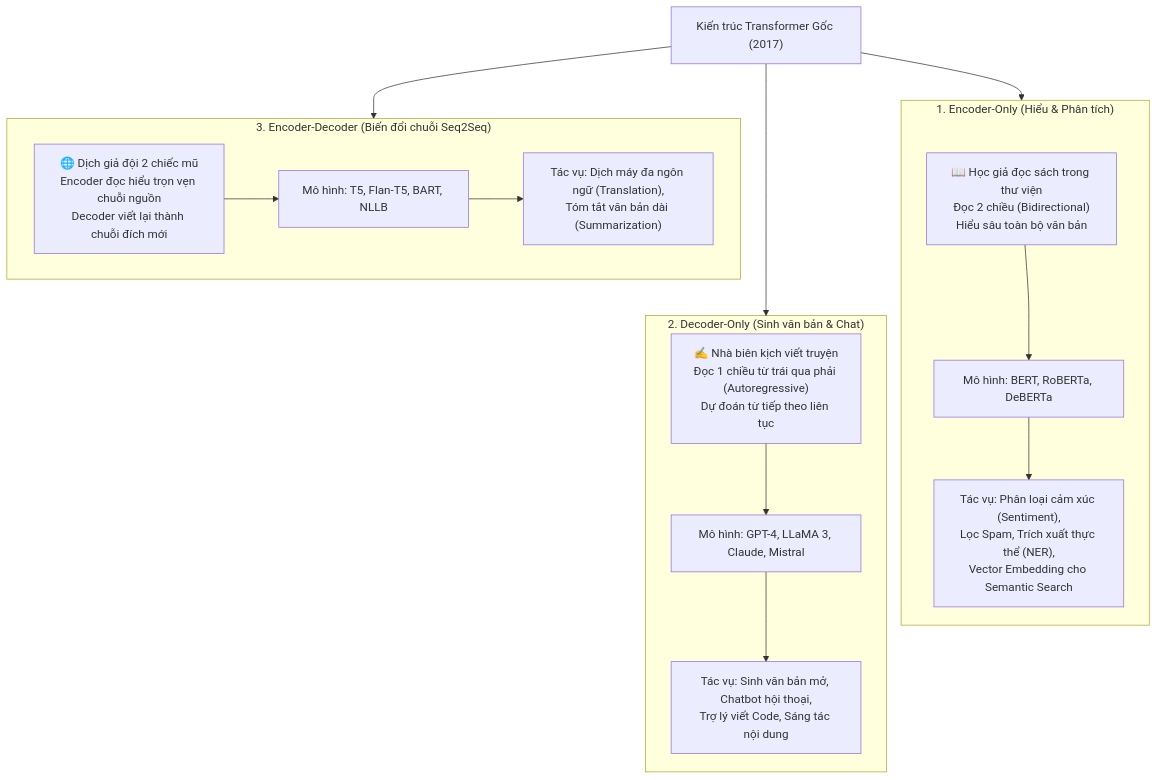
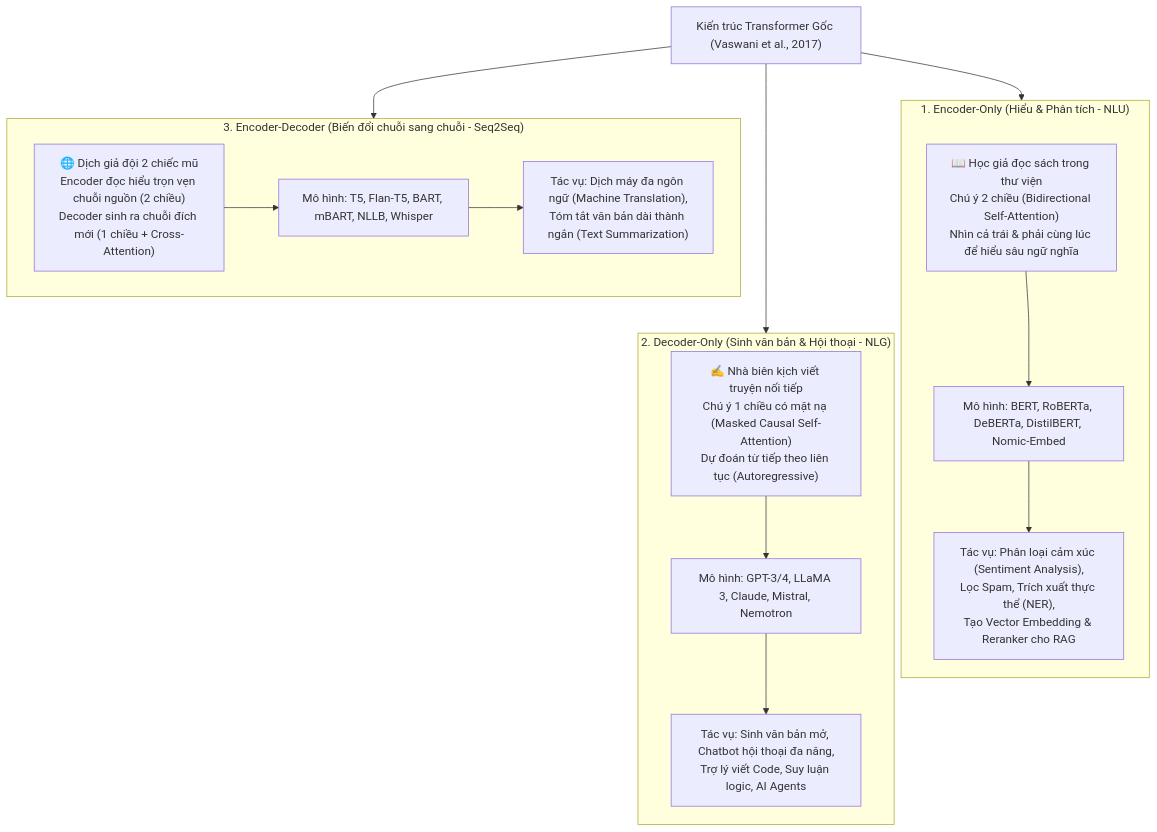
Before and after one commit to nxthanh2904/nca-genl: the fifth of 5 diagrams in Module_04_Transformer_Architecture.md, drawn with Mermaid. The commit also changed other lines of this file and 11 other files, not shown here.

````diff
--- a/Module_04_Transformer_Architecture.md
+++ b/Module_04_Transformer_Architecture.md
@@ -139,30 +199,30 @@
 ```mermaid
 flowchart TD
-    Trans["Kiến trúc Transformer Gốc (2017)"]
+    Trans["Kiến trúc Transformer Gốc (Vaswani et al., 2017)"]
     
-    subgraph E_Only["1. Encoder-Only (Hiểu & Phân tích)"]
-        E_Desc["📖 Học giả đọc sách trong thư viện<br/>Đọc 2 chiều (Bidirectional)<br/>Hiểu sâu toàn bộ văn bản"]
-        E_Models["Mô hình: BERT, RoBERTa, DeBERTa"]
-        E_Tasks["Tác vụ: Phân loại cảm xúc (Sentiment),<br/>Lọc Spam, Trích xuất thực thể (NER),<br/>Vector Embedding cho Semantic Search"]
+    subgraph E_Only["1. Encoder-Only (Hiểu & Phân tích - NLU)"]
+        E_Desc["📖 Học giả đọc sách trong thư viện<br/>Chú ý 2 chiều (Bidirectional Self-Attention)<br/>Nhìn cả trái & phải cùng lúc để hiểu sâu ngữ nghĩa"]
+        E_Models["Mô hình: BERT, RoBERTa, DeBERTa, DistilBERT, Nomic-Embed"]
+        E_Tasks["Tác vụ: Phân loại cảm xúc (Sentiment Analysis),<br/>Lọc Spam, Trích xuất thực thể (NER),<br/>Tạo Vector Embedding & Reranker cho RAG"]
         E_Desc --> E_Models --> E_Tasks
     end
 
-    subgraph D_Only["2. Decoder-Only (Sinh văn bản & Chat)"]
-        D_Desc["✍️ Nhà biên kịch viết truyện<br/>Đọc 1 chiều từ trái qua phải (Autoregressive)<br/>Dự đoán từ tiếp theo liên tục"]
-        D_Models["Mô hình: GPT-4, LLaMA 3, Claude, Mistral"]
-        D_Tasks["Tác vụ: Sinh văn bản mở, Chatbot hội thoại,<br/>Trợ lý viết Code, Sáng tác nội dung"]
+    subgraph D_Only["2. Decoder-Only (Sinh văn bản & Hội thoại - NLG)"]
+        D_Desc["✍️ Nhà biên kịch viết truyện nối tiếp<br/>Chú ý 1 chiều có mặt nạ (Masked Causal Self-Attention)<br/>Dự đoán từ tiếp theo liên tục (Autoregressive)"]
+        D_Models["Mô hình: GPT-3/4, LLaMA 3, Claude, Mistral, Nemotron"]
+        D_Tasks["Tác vụ: Sinh văn bản mở, Chatbot hội thoại đa năng,<br/>Trợ lý viết Code, Suy luận logic, AI Agents"]
         E_Desc ~~~ D_Desc
         D_Desc --> D_Models --> D_Tasks
     end
 
-    subgraph ED_Both["3. Encoder-Decoder (Biến đổi chuỗi Seq2Seq)"]
-        ED_Desc["🌐 Dịch giả đội 2 chiếc mũ<br/>Encoder đọc hiểu trọn vẹn chuỗi nguồn<br/>Decoder viết lại thành chuỗi đích mới"]
-        ED_Models["Mô hình: T5, Flan-T5, BART, NLLB"]
-        ED_Tasks["Tác vụ: Dịch máy đa ngôn ngữ (Translation),<br/>Tóm tắt văn bản dài (Summarization)"]
+    subgraph ED_Both["3. Encoder-Decoder (Biến đổi chuỗi sang chuỗi - Seq2Seq)"]
+        ED_Desc["🌐 Dịch giả đội 2 chiếc mũ<br/>Encoder đọc hiểu trọn vẹn chuỗi nguồn (2 chiều)<br/>Decoder sinh ra chuỗi đích mới (1 chiều + Cross-Attention)"]
+        ED_Models["Mô hình: T5, Flan-T5, BART, mBART, NLLB, Whisper"]
+        ED_Tasks["Tác vụ: Dịch máy đa ngôn ngữ (Machine Translation),<br/>Tóm tắt văn bản dài thành ngắn (Text Summarization)"]
         ED_Desc --> ED_Models --> ED_Tasks
     end
 
     Trans --> E_Only
     Trans --> D_Only
     Trans --> ED_Both
 ```
````
